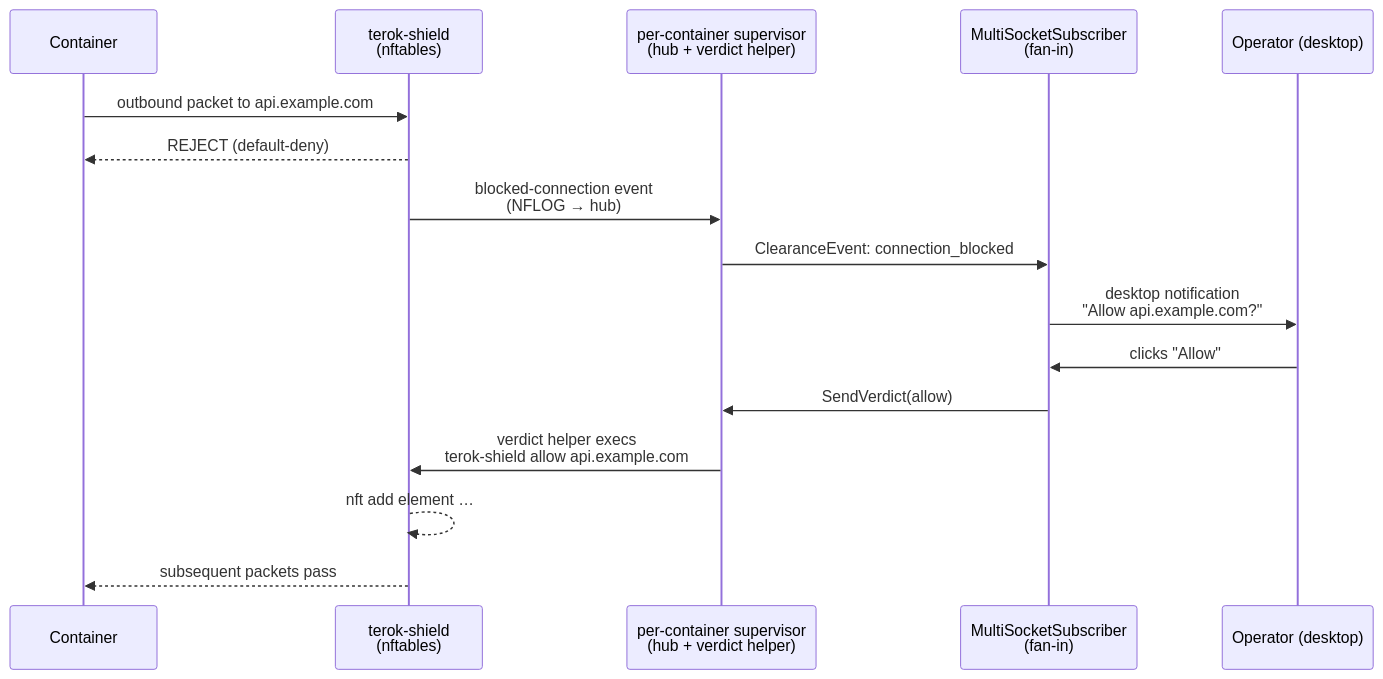
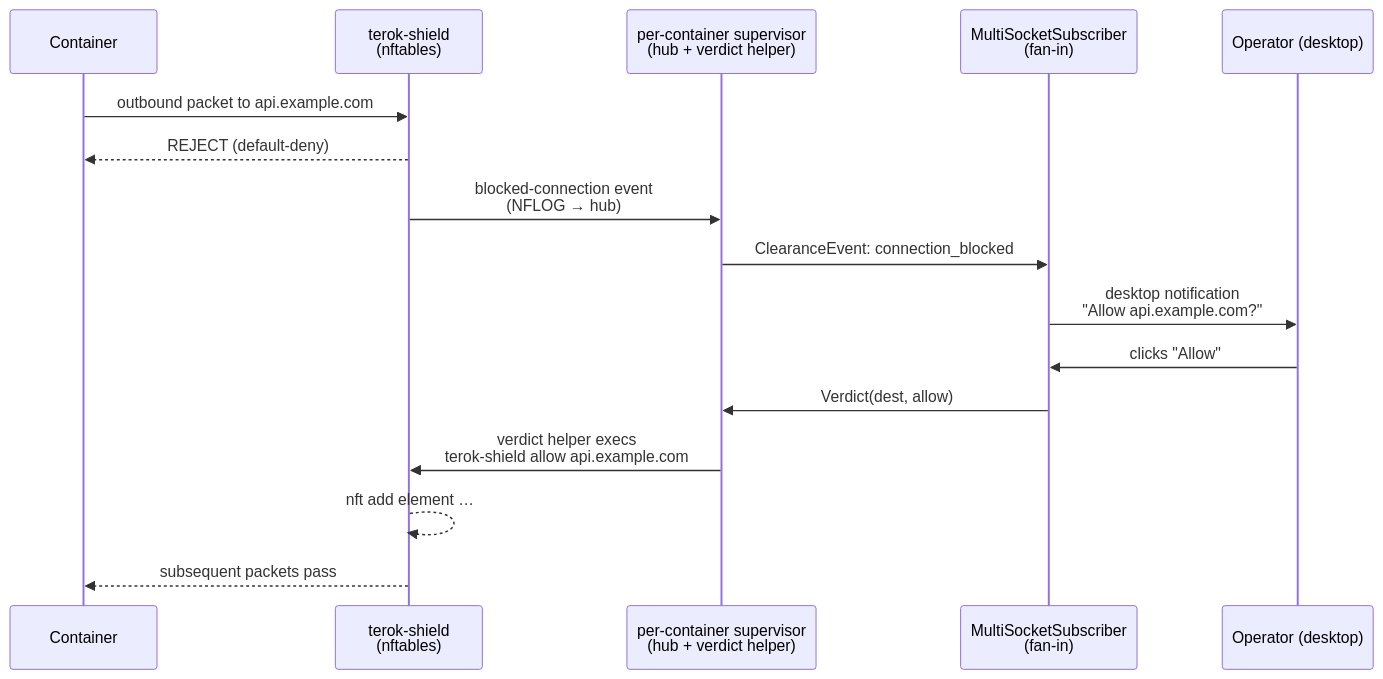
One commit to terok-ai/terok-clearance changed the diagram in docs/index.md. Above: the diagram before and after it, drawn with Mermaid. The commit also changed other lines of this file and 2 other files, not shown here.

````diff
--- a/docs/index.md
+++ b/docs/index.md
@@ -25,19 +26,19 @@
 ```mermaid
 sequenceDiagram
     participant C as Container
     participant S as terok-shield<br/>(nftables)
     participant Sup as per-container supervisor<br/>(hub + verdict helper)
     participant Sub as MultiSocketSubscriber<br/>(fan-in)
     participant U as Operator (desktop)
 
     C->>S: outbound packet to api.example.com
     S-->>C: REJECT (default-deny)
     S->>Sup: blocked-connection event<br/>(NFLOG → hub)
     Sup->>Sub: ClearanceEvent: connection_blocked
     Sub->>U: desktop notification<br/>"Allow api.example.com?"
     U->>Sub: clicks "Allow"
-    Sub->>Sup: SendVerdict(allow)
+    Sub->>Sup: Verdict(dest, allow)
     Sup->>S: verdict helper execs<br/>terok-shield allow api.example.com
     S-->>S: nft add element …
     S-->>C: subsequent packets pass
 ```
````
